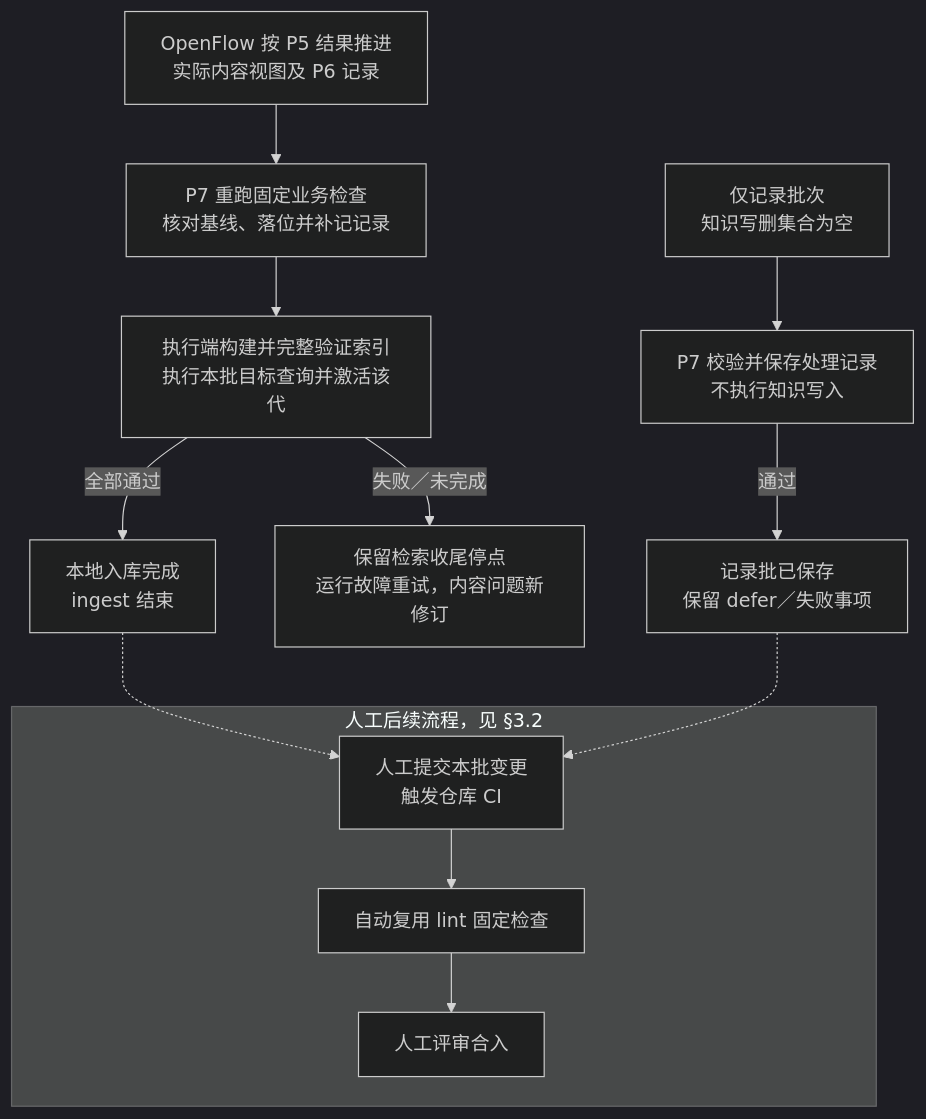
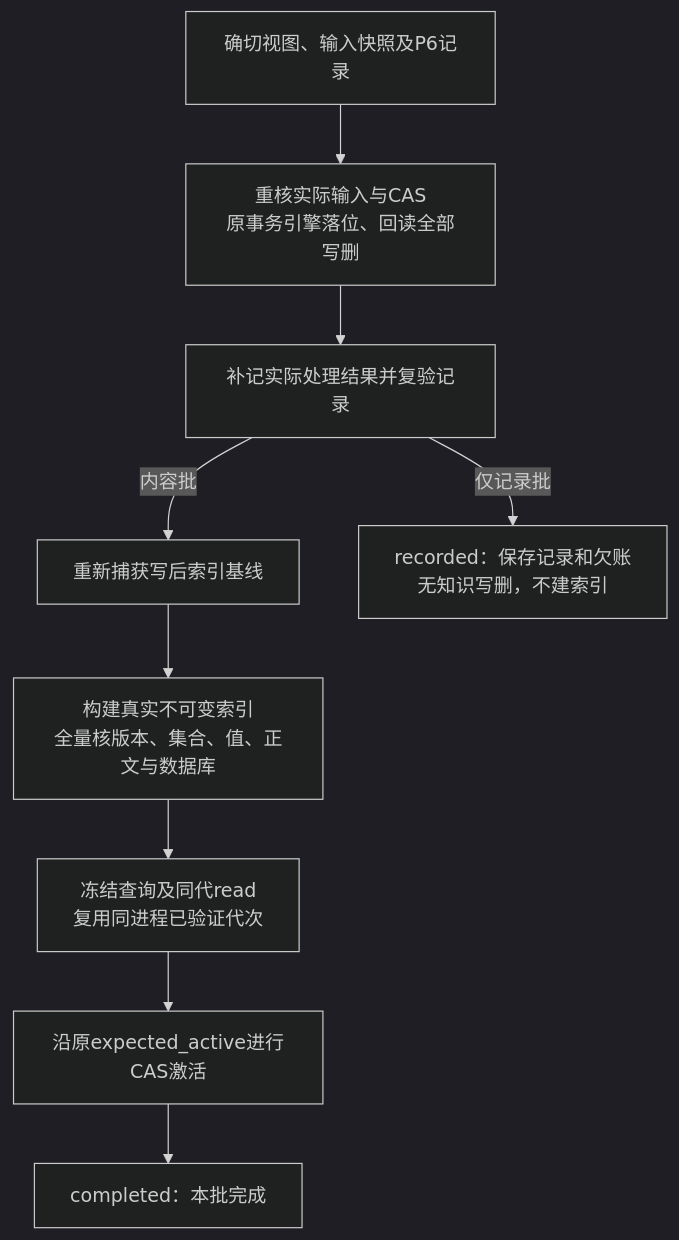
Diagram 18 of 27 in himate-knowledge-wifi-mp/docs-llm-wiki/知识库详细设计.md (Robin-hhc/FactumCore), drawn with Mermaid (dark theme) before and after one commit. The commit also changed other lines of this file and 323 other files, not shown here.

````diff
--- a/himate-knowledge-wifi-mp/docs-llm-wiki/知识库详细设计.md
+++ b/himate-knowledge-wifi-mp/docs-llm-wiki/知识库详细设计.md
@@ -712,15 +675,11 @@
 ```mermaid
 flowchart TD
-    CONTENT["OpenFlow 按 P5 结果推进<br/>实际内容视图及 P6 记录"] --> APPLY["P7 重跑固定业务检查<br/>核对基线、落位并补记记录"]
-    APPLY --> INDEX["执行端构建并完整验证索引<br/>执行本批目标查询并激活该代"]
-    INDEX -->|"全部通过"| DONE["本地入库完成<br/>ingest 结束"]
-    INDEX -->|"失败／未完成"| STOP["保留检索收尾停点<br/>运行故障重试，内容问题新修订"]
-    RECORD["仅记录批次<br/>知识写删集合为空"] --> CHECK["P7 校验并保存处理记录<br/>不执行知识写入"]
-    CHECK -->|"通过"| SAVED["记录批已保存<br/>保留 defer／失败事项"]
-    subgraph HUMAN["人工后续流程，见 §3.2"]
-        SUBMIT["人工提交本批变更<br/>触发仓库 CI"] --> CI["自动复用 lint 固定检查"]
-        CI --> MERGE["人工评审合入"]
-    end
-    DONE -.-> SUBMIT
-    SAVED -.-> SUBMIT
+    INPUT["确切视图、输入快照及P6记录"] --> SAFE["重核实际输入与CAS<br/>原事务引擎落位、回读全部写删"]
+    SAFE --> RECORD["补记实际处理结果并复验记录"]
+    RECORD -->|内容批| BASE["重新捕获写后索引基线"]
+    BASE --> BUILD["构建真实不可变索引<br/>全量核版本、集合、值、正文与数据库"]
+    BUILD --> QUERIES["冻结查询及同代read<br/>复用同进程已验证代次"]
+    QUERIES --> CAS["沿原expected_active进行CAS激活"]
+    CAS --> DONE["completed：本批完成"]
+    RECORD -->|仅记录批| SAVED["recorded：保存记录和欠账<br/>无知识写删，不建索引"]
 ```
````
